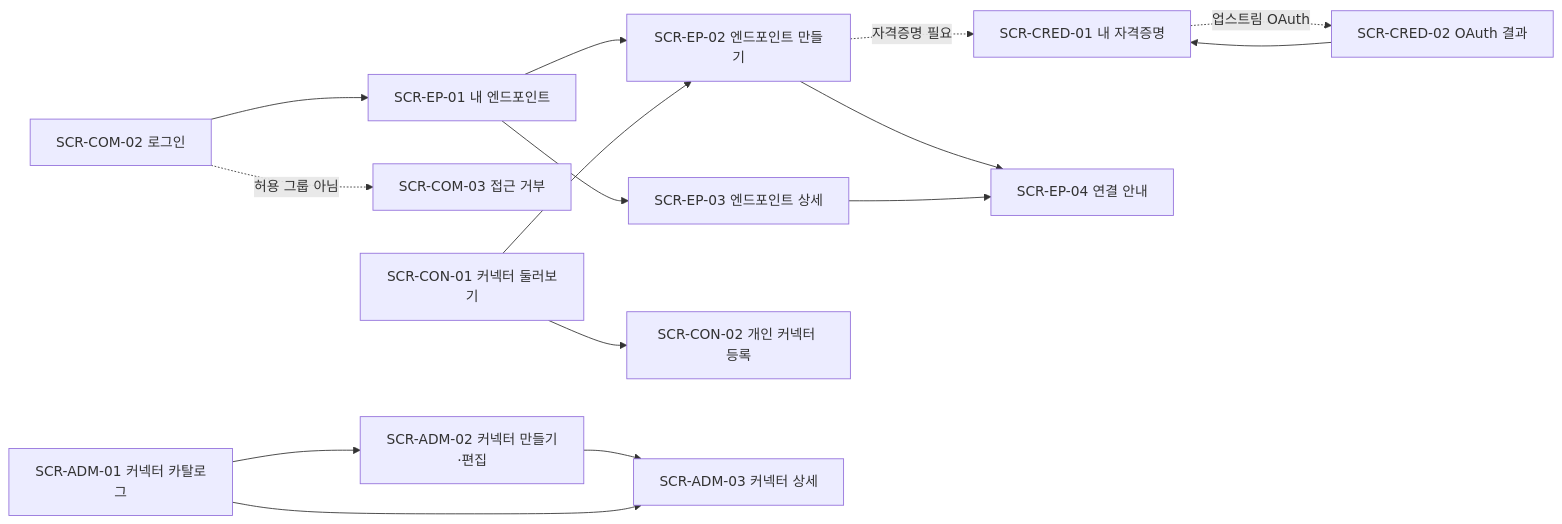
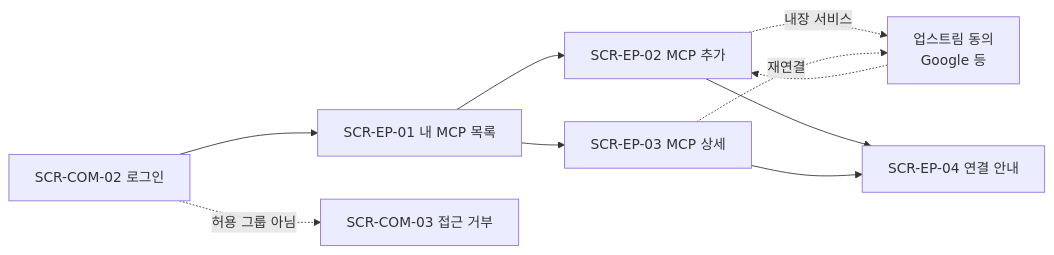
Before and after one commit to hojinzs/mcp-outlet: the diagram in docs/screen-definitions/index.md, drawn with Mermaid. The commit also changed other lines of this file and 9 other files, not shown here.

````diff
--- a/docs/screen-definitions/index.md
+++ b/docs/screen-definitions/index.md
@@ -58,15 +70,10 @@
 ```mermaid
 flowchart LR
-  login[SCR-COM-02 로그인] --> home[SCR-EP-01 내 엔드포인트]
+  login[SCR-COM-02 로그인] --> home[SCR-EP-01 내 MCP 목록]
   login -.허용 그룹 아님.-> forbidden[SCR-COM-03 접근 거부]
-  home --> newEp[SCR-EP-02 엔드포인트 만들기]
-  newEp -.자격증명 필요.-> cred[SCR-CRED-01 내 자격증명]
-  cred -.업스트림 OAuth.-> oauth[SCR-CRED-02 OAuth 결과] --> cred
-  newEp --> connect[SCR-EP-04 연결 안내]
-  home --> ep[SCR-EP-03 엔드포인트 상세] --> connect
-  browse[SCR-CON-01 커넥터 둘러보기] --> newEp
-  browse --> personal[SCR-CON-02 개인 커넥터 등록]
-
-  catalog[SCR-ADM-01 커넥터 카탈로그] --> edit[SCR-ADM-02 커넥터 만들기·편집] --> detail[SCR-ADM-03 커넥터 상세]
-  catalog --> detail
+  home --> add[SCR-EP-02 MCP 추가]
+  add -.내장 서비스.-> upstream[업스트림 동의<br/>Google 등] -.-> add
+  add --> connect[SCR-EP-04 연결 안내]
+  home --> ep[SCR-EP-03 MCP 상세] --> connect
+  ep -.재연결.-> upstream
 ```
````
